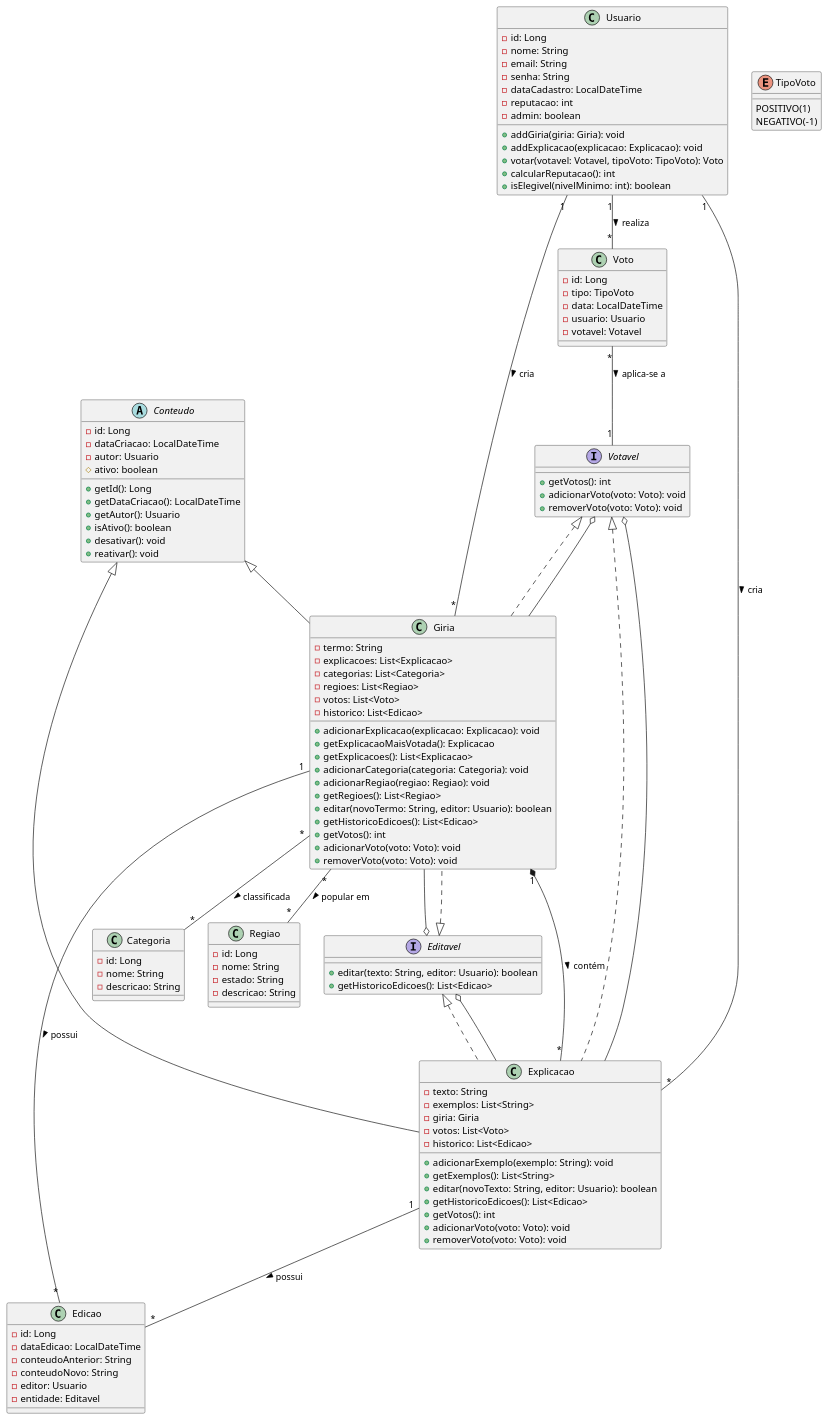
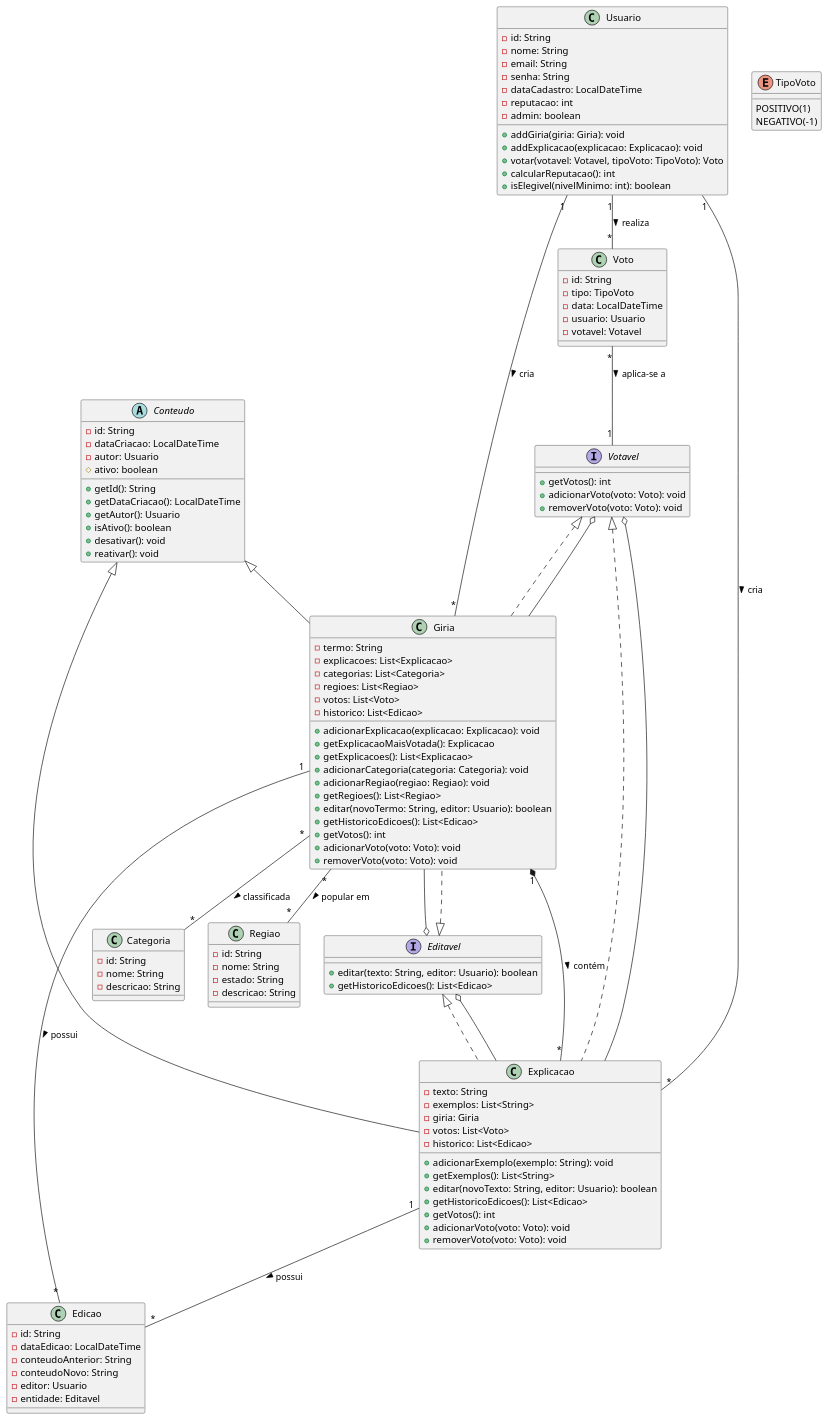
The diagram in modelagem.plantuml (Arthur-jpg/Ap2_POO_GiriasColaborativas), drawn with PlantUML before and after one commit. The commit also changed 13 other files, not shown here.

```diff
--- a/modelagem.plantuml
+++ b/modelagem.plantuml
@@ -1,133 +1,134 @@
 @startuml Sistema de Gírias Colaborativas
 
 ' Interfaces
 interface Votavel {
   +getVotos(): int
   +adicionarVoto(voto: Voto): void
   +removerVoto(voto: Voto): void
 }
 
 interface Editavel {
   +editar(texto: String, editor: Usuario): boolean
   +getHistoricoEdicoes(): List<Edicao>
 }
 
 ' Classes base
 abstract class Conteudo {
-  -id: Long
+  -id: String
   -dataCriacao: LocalDateTime
   -autor: Usuario
   #ativo: boolean
-  +getId(): Long
+  +getId(): String
   +getDataCriacao(): LocalDateTime
   +getAutor(): Usuario
   +isAtivo(): boolean
   +desativar(): void
   +reativar(): void
 }
 
 class Usuario {
-  -id: Long
+  -id: String
   -nome: String
   -email: String
   -senha: String
   -dataCadastro: LocalDateTime
   -reputacao: int
   -admin: boolean
   +addGiria(giria: Giria): void
   +addExplicacao(explicacao: Explicacao): void
   +votar(votavel: Votavel, tipoVoto: TipoVoto): Voto
   +calcularReputacao(): int
   +isElegivel(nivelMinimo: int): boolean
 }
 
 enum TipoVoto {
   POSITIVO(1)
   NEGATIVO(-1)
 }
 
 class Voto {
-  -id: Long
+  -id: String
   -tipo: TipoVoto
   -data: LocalDateTime
   -usuario: Usuario
   -votavel: Votavel
 }
 
 class Categoria {
-  -id: Long
+  -id: String
   -nome: String
   -descricao: String
 }
 
 class Regiao {
-  -id: Long
+  -id: String
   -nome: String
   -estado: String
   -descricao: String
 }
 
 ' Classes principais do sistema
 class Giria extends Conteudo implements Votavel, Editavel {
   -termo: String
   -explicacoes: List<Explicacao>
   -categorias: List<Categoria>
   -regioes: List<Regiao>
   -votos: List<Voto>
   -historico: List<Edicao>
   +adicionarExplicacao(explicacao: Explicacao): void
   +getExplicacaoMaisVotada(): Explicacao
   +getExplicacoes(): List<Explicacao>
   +adicionarCategoria(categoria: Categoria): void
   +adicionarRegiao(regiao: Regiao): void
   +getRegioes(): List<Regiao>
   +editar(novoTermo: String, editor: Usuario): boolean
   +getHistoricoEdicoes(): List<Edicao>
   +getVotos(): int
   +adicionarVoto(voto: Voto): void
   +removerVoto(voto: Voto): void
 }
 
 class Explicacao extends Conteudo implements Votavel, Editavel {
   -texto: String
   -exemplos: List<String>
   -giria: Giria
   -votos: List<Voto>
   -historico: List<Edicao>
   +adicionarExemplo(exemplo: String): void
   +getExemplos(): List<String>
   +editar(novoTexto: String, editor: Usuario): boolean
   +getHistoricoEdicoes(): List<Edicao>
   +getVotos(): int
   +adicionarVoto(voto: Voto): void
   +removerVoto(voto: Voto): void
 }
 
+
 class Edicao {
-  -id: Long
+  -id: String
   -dataEdicao: LocalDateTime
   -conteudoAnterior: String
   -conteudoNovo: String
   -editor: Usuario
   -entidade: Editavel
 }
 
 ' Relacionamentos
 Usuario "1" -- "*" Giria : cria >
 Usuario "1" -- "*" Explicacao : cria >
 Usuario "1" -- "*" Voto : realiza >
 
 Giria "1" *-- "*" Explicacao : contém >
 Giria "*" -- "*" Categoria : classificada >
 Giria "*" -- "*" Regiao : popular em >
 Giria "1" -- "*" Edicao : possui >
 Explicacao "1" -- "*" Edicao : possui >
 
 Voto "*" -- "1" Votavel : aplica-se a >
 
 Explicacao --o Votavel
 Giria --o Votavel
 Explicacao --o Editavel
 Giria --o Editavel
 
 @enduml
```
